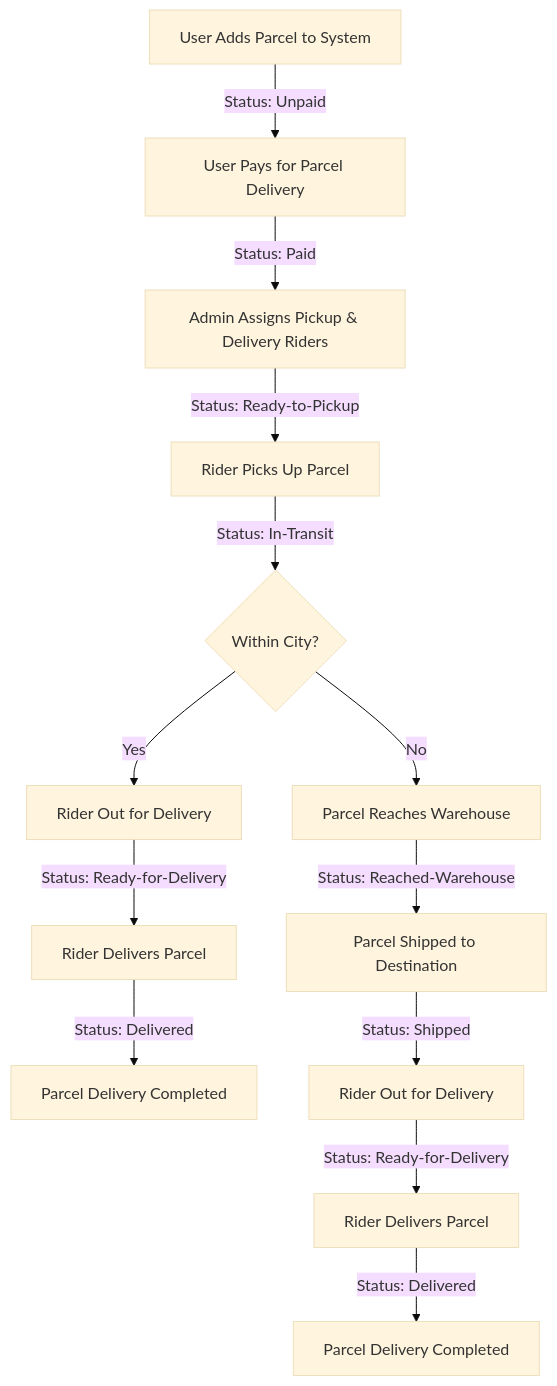
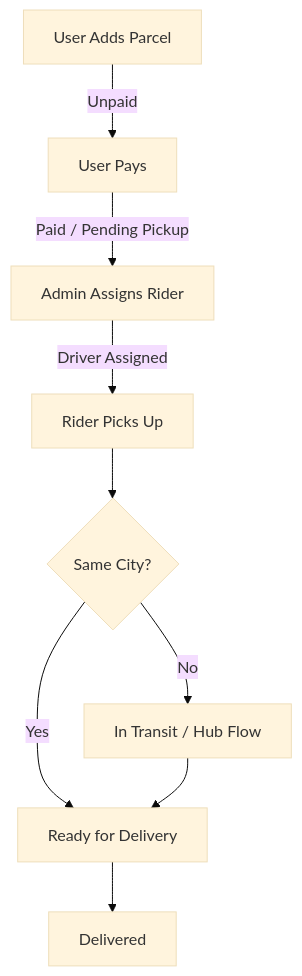
Before and after one commit to kaziashik/zap-shift: the third of 3 diagrams in README.md, drawn with Mermaid (base theme). The commit also changed other lines of this file and 11 other files, not shown here.

````diff
--- a/README.md
+++ b/README.md
@@ -30,18 +179,11 @@
 ```mermaid
 flowchart TD
-    A[User Adds Parcel to System] -->|Status: Unpaid| B[User Pays for Parcel Delivery]
-    B -->|Status: Paid| C[Admin Assigns Pickup & Delivery Riders]
-    C -->|Status: Ready-to-Pickup| D[Rider Picks Up Parcel]
-    D -->|Status: In-Transit| E{Within City?}
-
-    E -- Yes --> F1[Rider Out for Delivery]
-    F1 -->|Status: Ready-for-Delivery| G1[Rider Delivers Parcel]
-    G1 -->|Status: Delivered| H1[Parcel Delivery Completed]
-
-    E -- No --> F2[Parcel Reaches Warehouse]
-    F2 -->|Status: Reached-Warehouse| G2[Parcel Shipped to Destination]
-    G2 -->|Status: Shipped| H2[Rider Out for Delivery]
-    H2 -->|Status: Ready-for-Delivery| I2[Rider Delivers Parcel]
-    I2 -->|Status: Delivered| J2[Parcel Delivery Completed]
-
+    A[User Adds Parcel] -->|Unpaid| B[User Pays]
+    B -->|Paid / Pending Pickup| C[Admin Assigns Rider]
+    C -->|Driver Assigned| D[Rider Picks Up]
+    D --> E{Same City?}
+    E -->|Yes| F[Ready for Delivery]
+    E -->|No| G[In Transit / Hub Flow]
+    G --> F
+    F --> H[Delivered]
 ```
````
